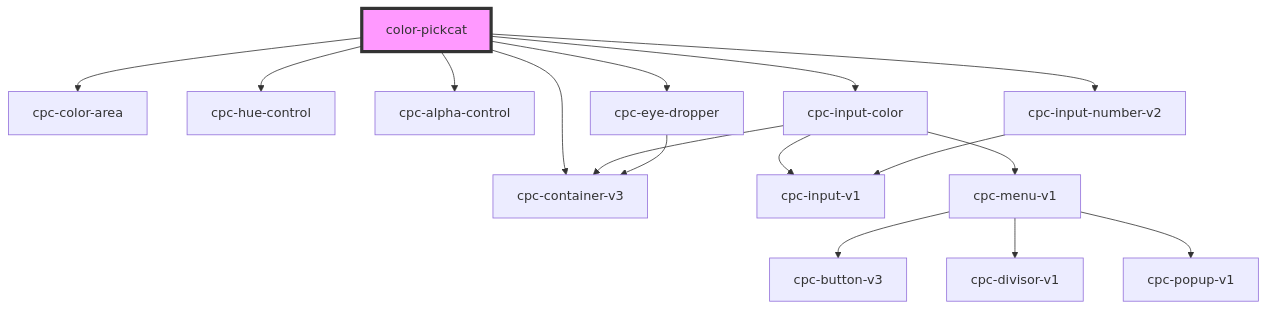
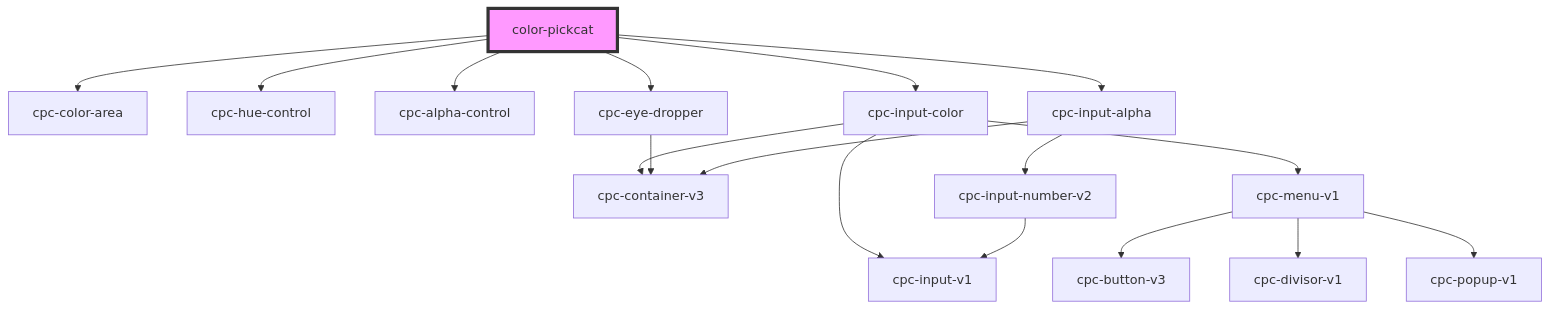
Before and after one commit to luislozad/color-pickcat: the diagram in src/components/color-pickcat/readme.md, drawn with Mermaid. The commit also changed other lines of this file and 77 other files, not shown here.

````diff
--- a/src/components/color-pickcat/readme.md
+++ b/src/components/color-pickcat/readme.md
@@ -36,19 +36,20 @@
 ```mermaid
 graph TD;
   color-pickcat --> cpc-color-area
   color-pickcat --> cpc-hue-control
   color-pickcat --> cpc-alpha-control
   color-pickcat --> cpc-input-color
   color-pickcat --> cpc-eye-dropper
-  color-pickcat --> cpc-container-v3
-  color-pickcat --> cpc-input-number-v2
+  color-pickcat --> cpc-input-alpha
   cpc-input-color --> cpc-container-v3
   cpc-input-color --> cpc-input-v1
   cpc-input-color --> cpc-menu-v1
   cpc-menu-v1 --> cpc-button-v3
   cpc-menu-v1 --> cpc-divisor-v1
   cpc-menu-v1 --> cpc-popup-v1
   cpc-eye-dropper --> cpc-container-v3
+  cpc-input-alpha --> cpc-container-v3
+  cpc-input-alpha --> cpc-input-number-v2
   cpc-input-number-v2 --> cpc-input-v1
   style color-pickcat fill:#f9f,stroke:#333,stroke-width:4px
 ```
````
